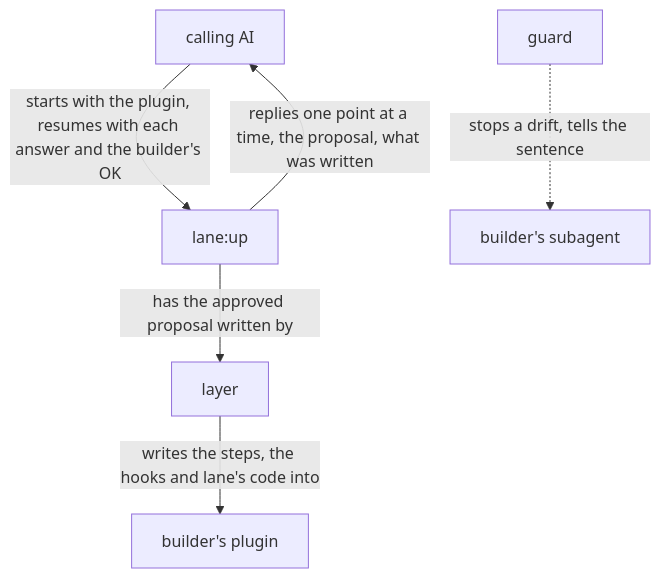
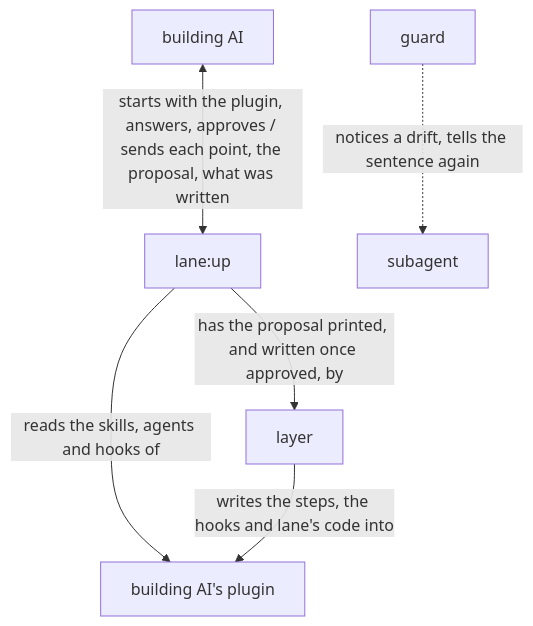
The diagram in dev/lane/architecture.md (lovaizu/ccpm), drawn with Mermaid before and after one commit. The commit also changed other lines of this file and 4 other files, not shown here.

Commit message:
lane's README, UX and architecture on its agreed concept: the building AI answers and approves lane:up, no person taking part, the README written for whoever installs lane; the architecture to the checklist, each case rule moved to the decisions for lane's tests and steps; steering state

````diff
--- a/dev/lane/architecture.md
+++ b/dev/lane/architecture.md
@@ -32,14 +32,14 @@
 ```mermaid
 flowchart TB
-  caller["calling AI"]
+  caller["building AI"]
   up["lane:up"]
   layer["layer"]
-  plugin["builder's plugin"]
+  plugin["building AI's plugin"]
   guard["guard"]
-  sub["builder's subagent"]
-  caller -->|starts with the plugin, resumes with each answer and the builder's OK| up
-  up -->|replies one point at a time, the proposal, what was written| caller
-  up -->|has the approved proposal written by| layer
+  sub["subagent"]
+  caller <-->|starts with the plugin, answers, approves / sends each point, the proposal, what was written| up
+  up -->|reads the skills, agents and hooks of| plugin
+  up -->|has the proposal printed, and written once approved, by| layer
   layer -->|writes the steps, the hooks and lane's code into| plugin
-  guard -.->|stops a drift, tells the sentence| sub
+  guard -.->|notices a drift, tells the sentence again| sub
 ```
````
